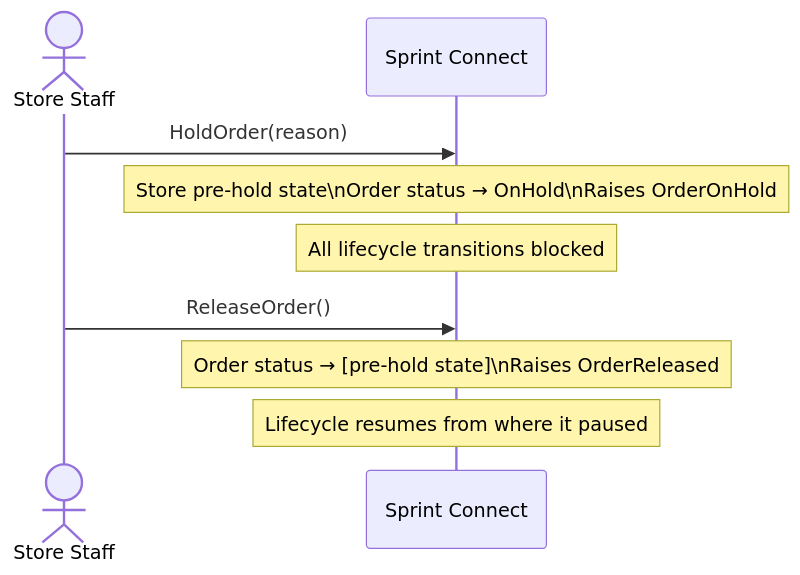
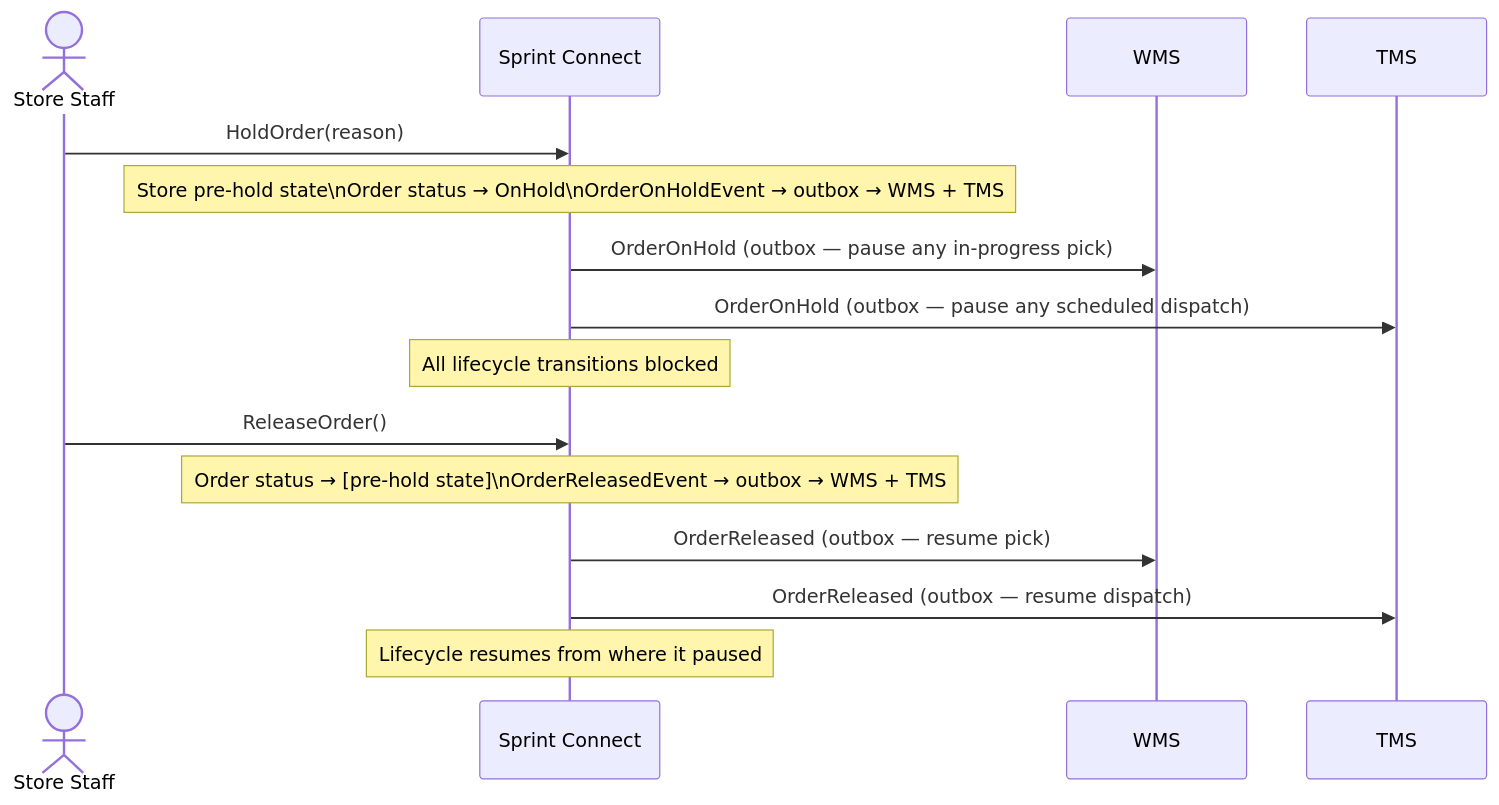
Diagram 15 of 24 in result/oms-sequence-diagrams.md (rosered11/personal-claude), drawn with Mermaid before and after one commit. The commit also changed other lines of this file and 184 other files, not shown here.

````diff
--- a/result/oms-sequence-diagrams.md
+++ b/result/oms-sequence-diagrams.md
@@ -536,15 +539,21 @@
 ```mermaid
 sequenceDiagram
     actor SS as Store Staff
     participant SC as Sprint Connect
 
     SS->>SC: HoldOrder(reason)
-    Note over SC: Store pre-hold state\nOrder status → OnHold\nRaises OrderOnHold
+    Note over SC: Store pre-hold state\nOrder status → OnHold\nOrderOnHoldEvent → outbox → WMS + TMS
+
+    SC->>WMS: OrderOnHold (outbox — pause any in-progress pick)
+    SC->>TMS: OrderOnHold (outbox — pause any scheduled dispatch)
 
     Note over SC: All lifecycle transitions blocked
 
     SS->>SC: ReleaseOrder()
-    Note over SC: Order status → [pre-hold state]\nRaises OrderReleased
+    Note over SC: Order status → [pre-hold state]\nOrderReleasedEvent → outbox → WMS + TMS
+
+    SC->>WMS: OrderReleased (outbox — resume pick)
+    SC->>TMS: OrderReleased (outbox — resume dispatch)
 
     Note over SC: Lifecycle resumes from where it paused
 ```
````
